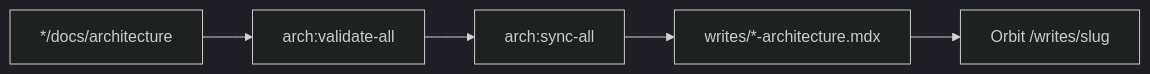
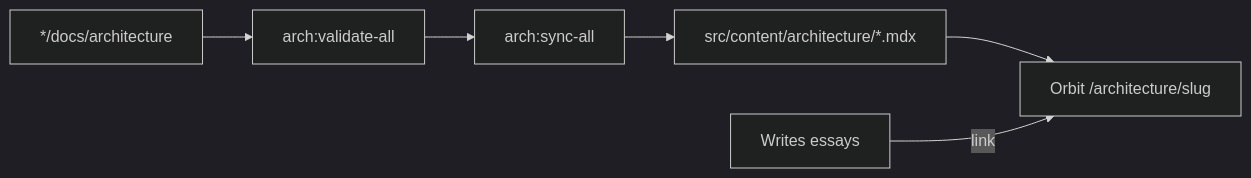
Before and after one commit to AlexTouvras/Orbit: the diagram in docs/architecture/diagram-pipeline.md, drawn with Mermaid (dark theme). The commit also changed 26 other files, not shown here.

First line of the commit message:
Refocus Writes on essays; move diagrams to /architecture.

````diff
--- a/docs/architecture/diagram-pipeline.md
+++ b/docs/architecture/diagram-pipeline.md
@@ -3,7 +3,8 @@
 ```mermaid
 flowchart LR
   Projects[*/docs/architecture] --> Validate[arch:validate-all]
   Validate --> Sync[arch:sync-all]
-  Sync --> Writes[writes/*-architecture.mdx]
-  Writes --> Orbit[Orbit /writes/slug]
+  Sync --> Arch[src/content/architecture/*.mdx]
+  Arch --> Orbit[Orbit /architecture/slug]
+  Essays[Writes essays] -->|link| Orbit
 ```
````
